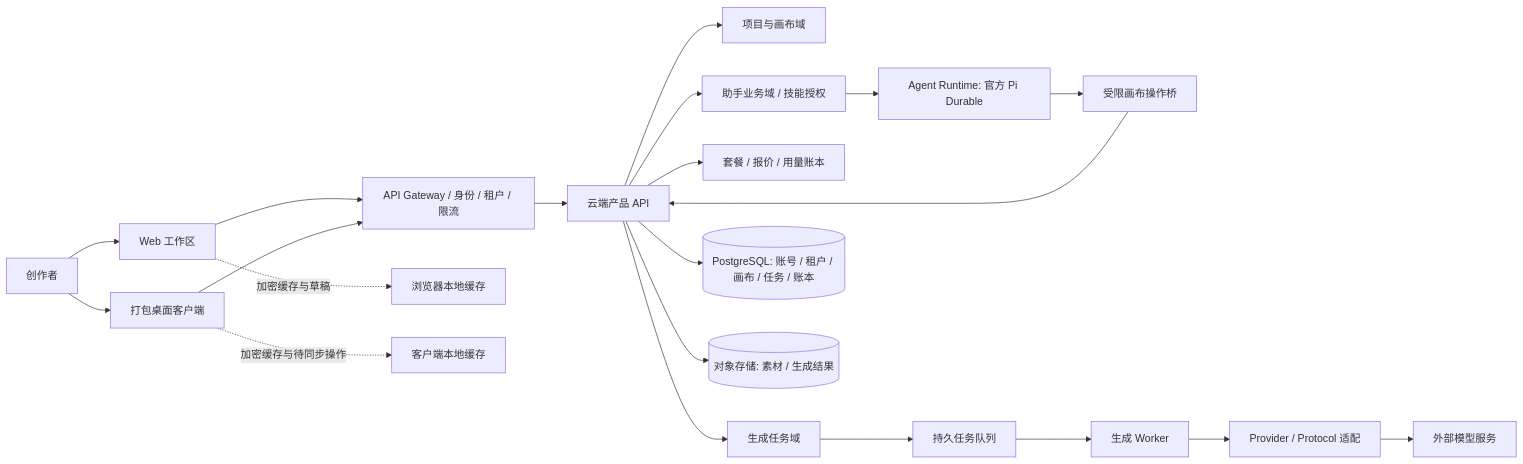
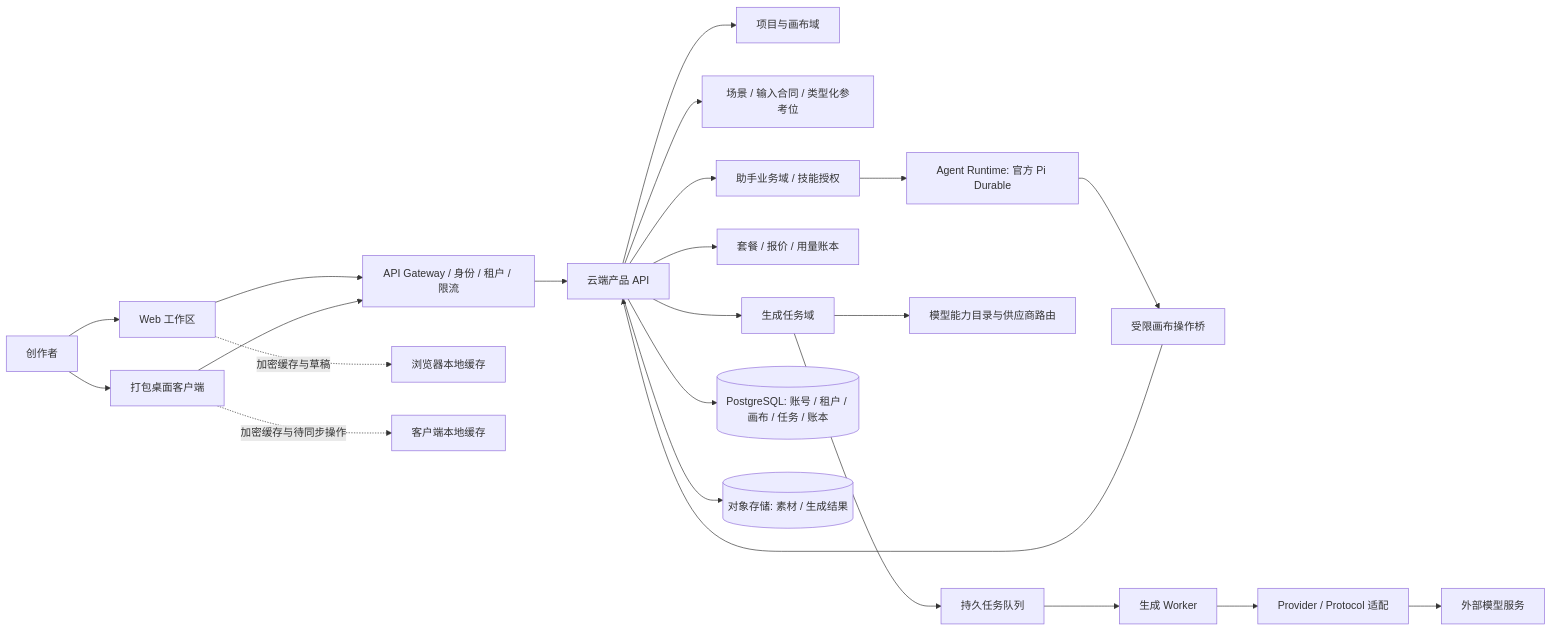
The diagram in docs/product/bobo-ai-canvas-prd.md (cjg203328/bobo), drawn with Mermaid before and after one commit. The commit also changed other lines of this file and 14 other files, not shown here.

````diff
--- a/docs/product/bobo-ai-canvas-prd.md
+++ b/docs/product/bobo-ai-canvas-prd.md
@@ -145,23 +158,25 @@
 ```mermaid
 flowchart LR
   U[创作者] --> WEB[Web 工作区]
   U --> APP[打包桌面客户端]
   WEB --> GW[API Gateway / 身份 / 租户 / 限流]
   APP --> GW
   GW --> API[云端产品 API]
   API --> CANVAS[项目与画布域]
+  API --> CREATIVE[场景 / 输入合同 / 类型化参考位]
   API --> ASSIST[助手业务域 / 技能授权]
   API --> BILL[套餐 / 报价 / 用量账本]
   ASSIST --> AGENT[Agent Runtime: 官方 Pi Durable]
   AGENT --> OPS[受限画布操作桥]
   OPS --> API
   API --> TASK[生成任务域]
+  TASK --> ROUTE[模型能力目录与供应商路由]
   TASK --> QUEUE[持久任务队列]
   QUEUE --> WORKER[生成 Worker]
   WORKER --> PROVIDER[Provider / Protocol 适配]
   PROVIDER --> MODEL[外部模型服务]
   API --> DB[(PostgreSQL: 账号 / 租户 / 画布 / 任务 / 账本)]
   API --> OBJECT[(对象存储: 素材 / 生成结果)]
   WEB -. 加密缓存与草稿 .-> LOCAL[浏览器本地缓存]
   APP -. 加密缓存与待同步操作 .-> DEVICE[客户端本地缓存]
 ```
````
